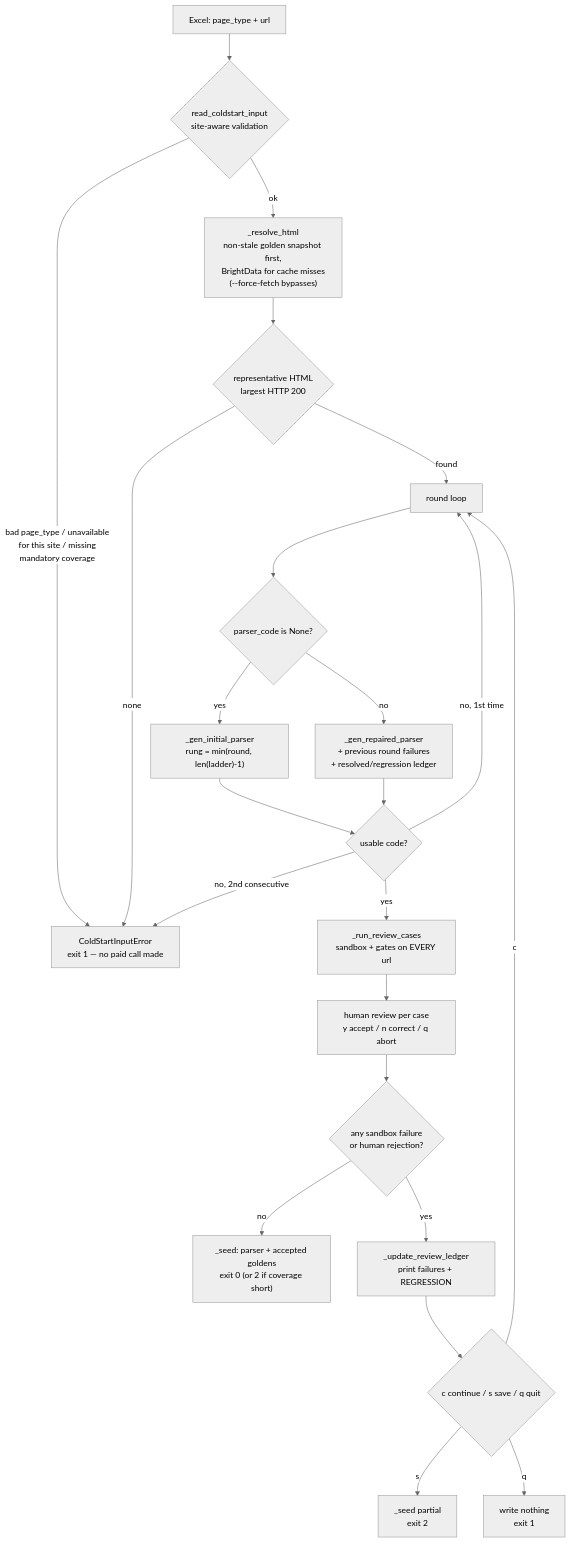
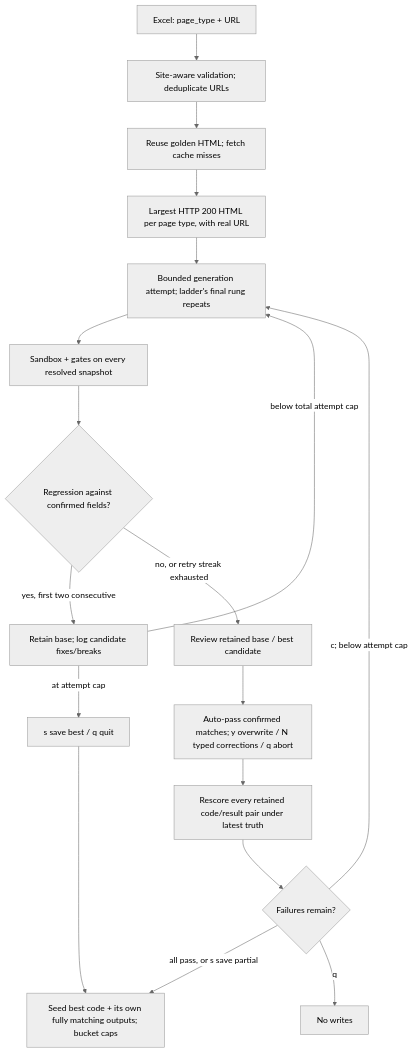
One commit to Kumoyyds/competitor_product_search changed the sixth of 7 diagrams in docs/scraping/design.md. Above: the diagram before and after it, drawn with Mermaid (neutral theme). The commit also changed other lines of this file and 34 other files, not shown here.

Commit message:
fix: the cold start logic

````diff
--- a/docs/scraping/design.md
+++ b/docs/scraping/design.md
@@ -678,27 +678,20 @@
 ```mermaid
 flowchart TD
-    IN["Excel: page_type + url"] --> VAL{"read_coldstart_input<br/>site-aware validation"}
-    VAL -->|"bad page_type / unavailable<br/>for this site / missing<br/>mandatory coverage"| EXIT1["ColdStartInputError<br/>exit 1 — no paid call made"]
-    VAL -->|"ok"| RES["_resolve_html<br/>non-stale golden snapshot first,<br/>BrightData for cache misses<br/>(--force-fetch bypasses)"]
-    RES --> REP{"representative HTML<br/>largest HTTP 200"}
-    REP -->|"none"| EXIT1
-    REP -->|"found"| ROUND["round loop"]
-
-    ROUND --> GEN{"parser_code is None?"}
-    GEN -->|"yes"| G1["_gen_initial_parser<br/>rung = min(round, len(ladder)-1)"]
-    GEN -->|"no"| G2["_gen_repaired_parser<br/>+ previous round failures<br/>+ resolved/regression ledger"]
-    G1 --> EMPTY{"usable code?"}
-    G2 --> EMPTY
-    EMPTY -->|"no, 1st time"| ROUND
-    EMPTY -->|"no, 2nd consecutive"| EXIT1
-    EMPTY -->|"yes"| RUN["_run_review_cases<br/>sandbox + gates on EVERY url"]
-
-    RUN --> REVIEW["human review per case<br/>y accept / n correct / q abort"]
-    REVIEW --> PASS{"any sandbox failure<br/>or human rejection?"}
-    PASS -->|"no"| SEED["_seed: parser + accepted goldens<br/>exit 0 (or 2 if coverage short)"]
-    PASS -->|"yes"| LEDGER["_update_review_ledger<br/>print failures + REGRESSION"]
-    LEDGER --> ASK{"c continue / s save / q quit"}
-    ASK -->|"c"| ROUND
-    ASK -->|"s"| PART["_seed partial<br/>exit 2"]
-    ASK -->|"q"| EXIT2["write nothing<br/>exit 1"]
+    IN["Excel: page_type + URL"] --> VAL["Site-aware validation; deduplicate URLs"]
+    VAL --> RES["Reuse golden HTML; fetch cache misses"]
+    RES --> REP["Largest HTTP 200 HTML per page type, with real URL"]
+    REP --> GEN["Bounded generation attempt; ladder's final rung repeats"]
+    GEN --> RUN["Sandbox + gates on every resolved snapshot"]
+    RUN --> ADOPT{"Regression against confirmed fields?"}
+    ADOPT -->|"yes, first two consecutive"| MERGE["Retain base; log candidate fixes/breaks"]
+    MERGE -->|"below total attempt cap"| GEN
+    ADOPT -->|"no, or retry streak exhausted"| REVIEW["Review retained base / best candidate"]
+    REVIEW --> LEDGER["Auto-pass confirmed matches; y overwrite / N typed corrections / q abort"]
+    LEDGER --> SCORE["Rescore every retained code/result pair under latest truth"]
+    SCORE --> ASK{"Failures remain?"}
+    ASK -->|"c; below attempt cap"| GEN
+    ASK -->|"all pass, or s save partial"| SEED["Seed best code + its own fully matching outputs; bucket caps"]
+    ASK -->|"q"| QUIT["No writes"]
+    MERGE -->|"at attempt cap"| SAVE["s save best / q quit"]
+    SAVE --> SEED
 ```
````
